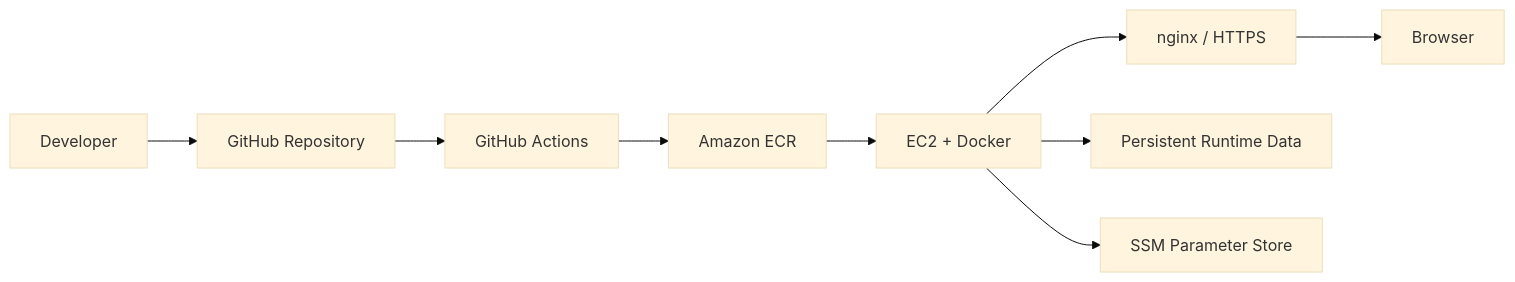
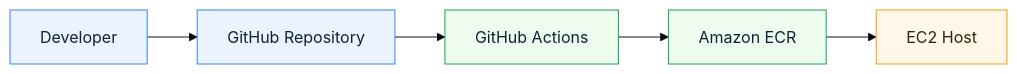
Before and after one commit to RusbehAbtahi/GHOST: the second of 3 diagrams in README.md, drawn with Mermaid (base theme). The commit also changed other lines of this file, not shown here.

````diff
--- a/README.md
+++ b/README.md
@@ -165,11 +198,11 @@
 ```mermaid
 flowchart LR
-    DEV[Developer] --> GH[GitHub Repository]
-    GH --> GA[GitHub Actions]
-    GA --> ECR[Amazon ECR]
-    ECR --> EC2[EC2 + Docker]
-    EC2 --> NGINX[nginx / HTTPS]
-    NGINX --> USER[Browser]
-    EC2 --> DATA[Persistent Runtime Data]
-    EC2 --> SSM[SSM Parameter Store]
+  classDef dev fill:#EAF3FF,stroke:#3B82F6,color:#123;
+  classDef build fill:#EEFBEF,stroke:#16A34A,color:#123;
+  classDef run fill:#FFF7E8,stroke:#F59E0B,color:#321;
+
+  DEV[Developer]:::dev --> GH[GitHub Repository]:::dev
+  GH --> GA[GitHub Actions]:::build
+  GA --> ECR[Amazon ECR]:::build
+  ECR --> EC2[EC2 Host]:::run
 ```
````
